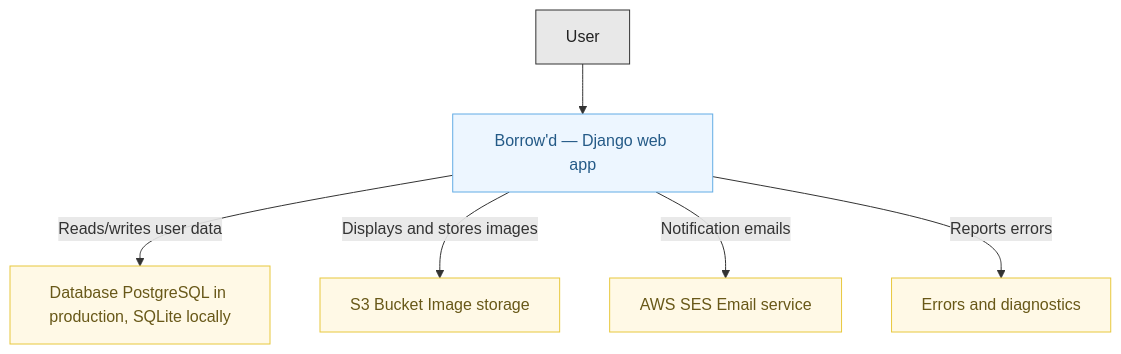
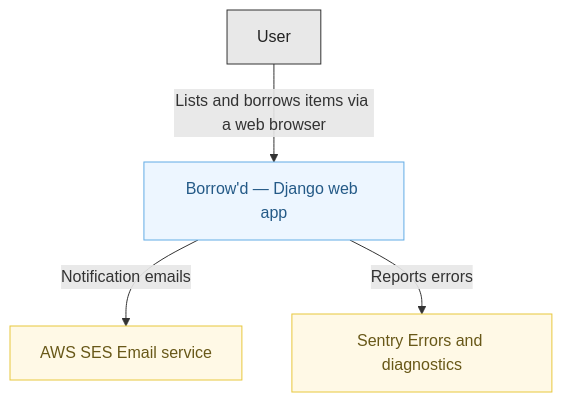
Before and after one commit to borrowd/borrowd: the diagram in docs/c4Diagrams/SystemContextDiagram.md, drawn with Mermaid. The commit also changed 1 other file, not shown here.

Commit message:
update system context diagram and implement container diagram

````diff
--- a/docs/c4Diagrams/SystemContextDiagram.md
+++ b/docs/c4Diagrams/SystemContextDiagram.md
@@ -1,23 +1,19 @@
 ```mermaid
 flowchart TD
     user["User"]
     app["Borrow'd — Django web app"]
-    db["Database PostgreSQL in production, SQLite locally"]
-    s3["S3 Bucket Image storage"]
     ses["AWS SES Email service"]
-    sentry["Errors and diagnostics"]
+    sentry["Sentry Errors and diagnostics"]
 
-    user --> app
-    app -->|"Reads/writes user data"| db
-    app -->|"Displays and stores images"| s3
+    user -->|"Lists and borrows items via a web browser"| app
     app -->|"Notification emails"| ses
     app -->|"Reports errors"| sentry
 
     classDef userStyle fill:#e8e8e8,stroke:#333,color:#222
     classDef appStyle fill:#edf6ff,stroke:#63ace5,color:#245a87
     classDef serviceStyle fill:#fff9e6,stroke:#e8c83d,color:#685818
 
     class user userStyle
     class app appStyle
-    class db,s3,ses,sentry serviceStyle
+    class ses,sentry serviceStyle
 ```
````
